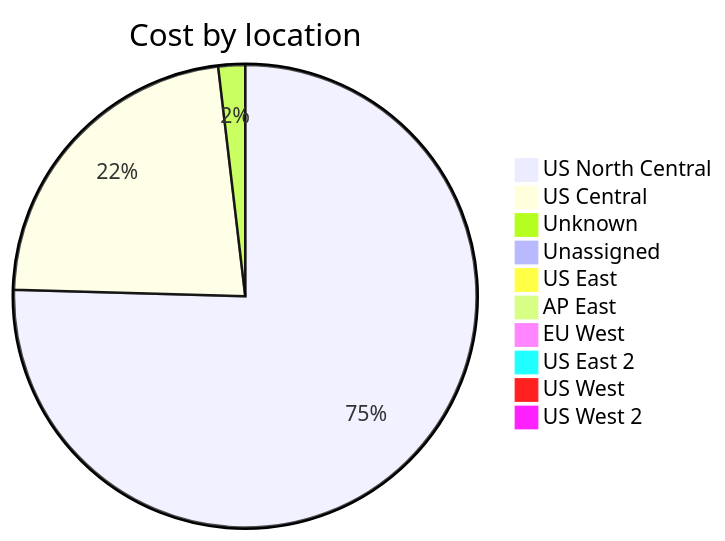
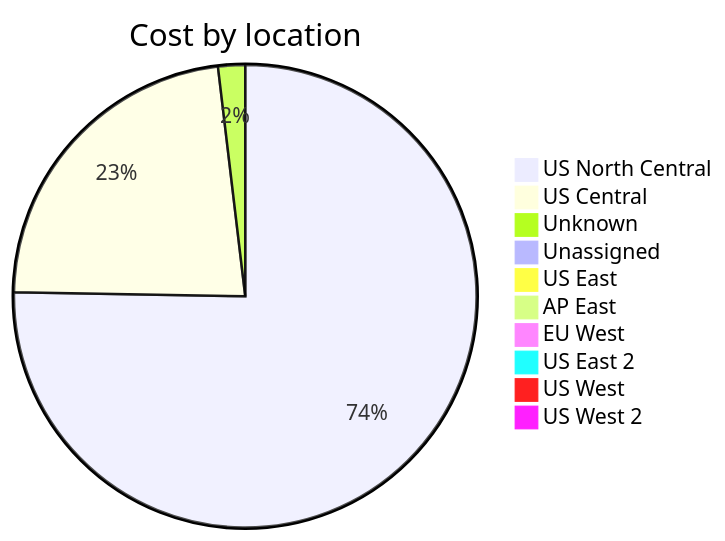
Before and after one commit to jpfulton/azure-personal-reports: the third of 4 diagrams in cost-reports/accumulated-cost.md, drawn with Mermaid. The commit also changed other lines of this file and 4 other files, not shown here.

````diff
--- a/cost-reports/accumulated-cost.md
+++ b/cost-reports/accumulated-cost.md
@@ -130,14 +130,14 @@
 ```mermaid
 pie
    title Cost by location
-   "US North Central" : 51.21
-   "US Central" : 15.40
-   "Unknown" : 1.27
-   "Unassigned" : 0.57
-   "US East" : 0.27
+   "US North Central" : 52.68
+   "US Central" : 15.99
+   "Unknown" : 1.32
+   "Unassigned" : 0.58
+   "US East" : 0.28
    "AP East" : 0.00
    "EU West" : 0.00
    "US East 2" : 0.00
    "US West" : 0.00
    "US West 2" : 0.00
 ```
````
